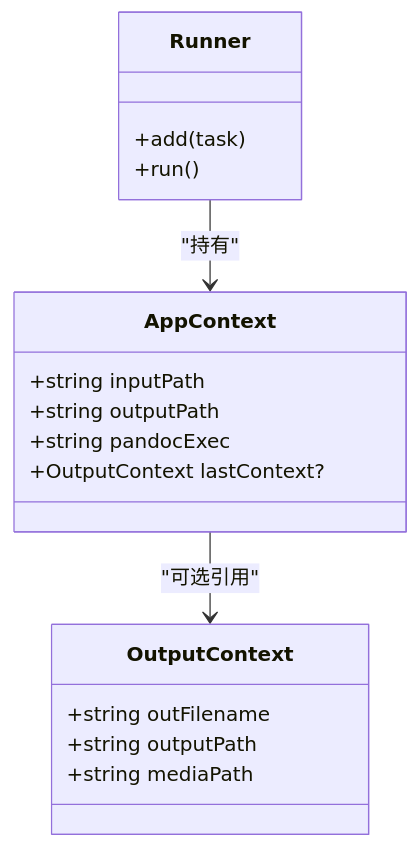
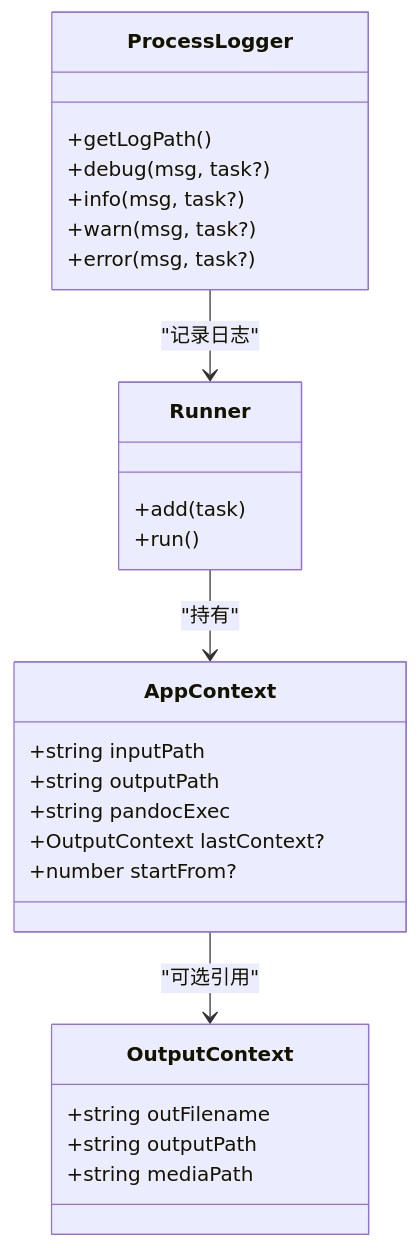
One commit to hllshiro/doc2md-cli changed the third of 12 diagrams in .qoder/repowiki/zh/content/核心架构设计/核心架构设计.md. Above: the diagram before and after it, drawn with Mermaid. The commit also changed other lines of this file and 13 other files, not shown here.

````diff
--- a/.qoder/repowiki/zh/content/核心架构设计/核心架构设计.md
+++ b/.qoder/repowiki/zh/content/核心架构设计/核心架构设计.md
@@ -176,20 +243,29 @@
 ```mermaid
 classDiagram
 class AppContext {
 +string inputPath
 +string outputPath
 +string pandocExec
 +OutputContext lastContext?
++number startFrom?
 }
 class OutputContext {
 +string outFilename
 +string outputPath
 +string mediaPath
 }
 class Runner {
 +add(task)
 +run()
 }
+class ProcessLogger {
++getLogPath()
++debug(msg, task?)
++info(msg, task?)
++warn(msg, task?)
++error(msg, task?)
+}
 Runner --> AppContext : "持有"
 AppContext --> OutputContext : "可选引用"
+ProcessLogger --> Runner : "记录日志"
 ```
````
